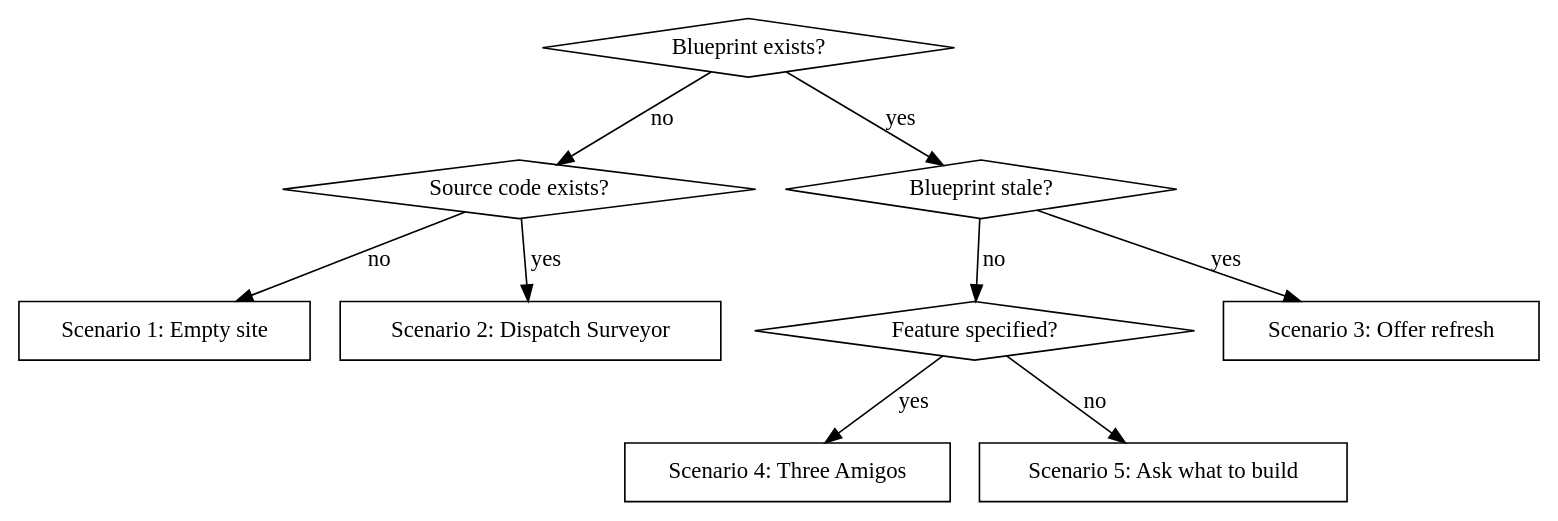
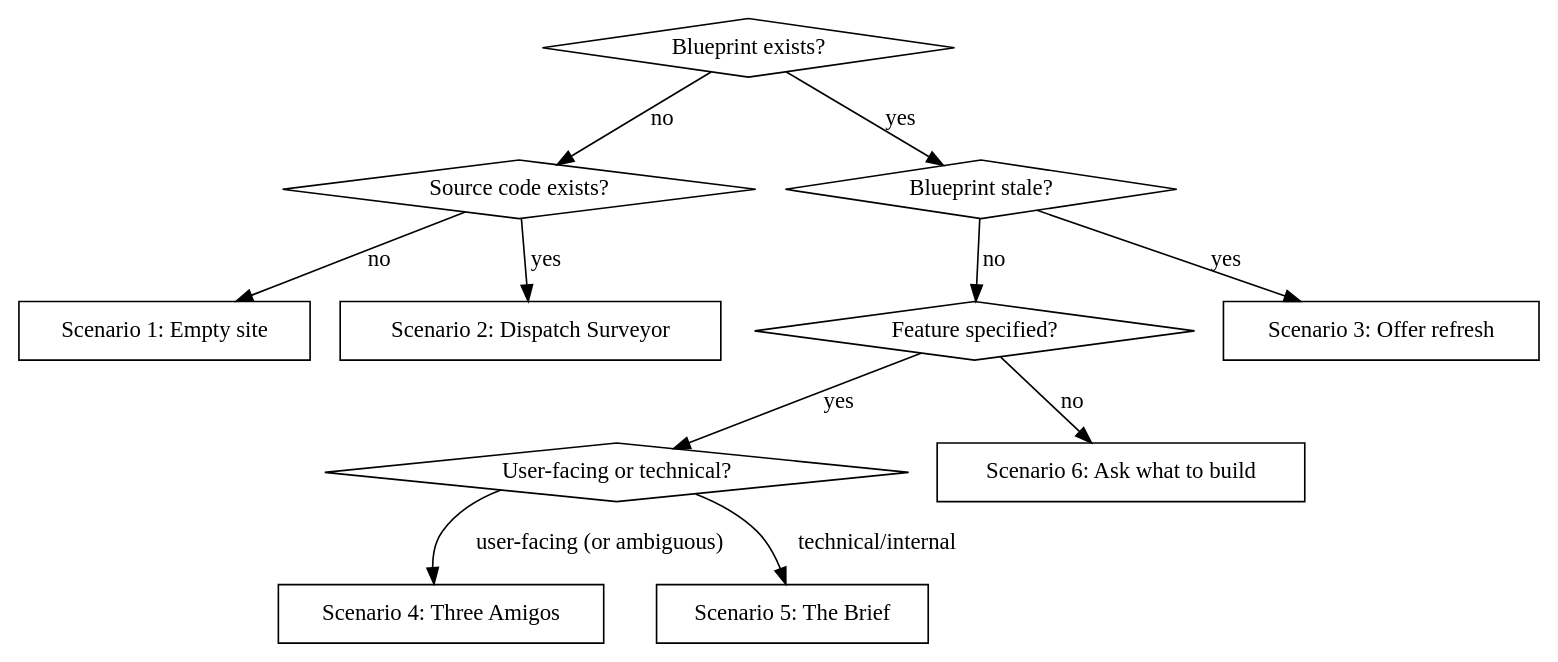
The first of 2 diagrams in skills/the-foreman/SKILL.md (Calq-dev/storyline), drawn with Graphviz before and after one commit. The commit also changed other lines of this file and 4 other files, not shown here.

Commit message:
feat: add technical task entry point — The Brief (Story A)

````diff
--- a/skills/the-foreman/SKILL.md
+++ b/skills/the-foreman/SKILL.md
@@ -70,22 +70,26 @@
 ```dot
 digraph intake {
     "Blueprint exists?" [shape=diamond];
     "Source code exists?" [shape=diamond];
     "Blueprint stale?" [shape=diamond];
     "Feature specified?" [shape=diamond];
+    "User-facing or technical?" [shape=diamond];
     "Scenario 1: Empty site" [shape=box];
     "Scenario 2: Dispatch Surveyor" [shape=box];
     "Scenario 3: Offer refresh" [shape=box];
     "Scenario 4: Three Amigos" [shape=box];
-    "Scenario 5: Ask what to build" [shape=box];
+    "Scenario 5: The Brief" [shape=box];
+    "Scenario 6: Ask what to build" [shape=box];
 
     "Blueprint exists?" -> "Source code exists?" [label="no"];
     "Blueprint exists?" -> "Blueprint stale?" [label="yes"];
     "Source code exists?" -> "Scenario 1: Empty site" [label="no"];
     "Source code exists?" -> "Scenario 2: Dispatch Surveyor" [label="yes"];
     "Blueprint stale?" -> "Scenario 3: Offer refresh" [label="yes"];
     "Blueprint stale?" -> "Feature specified?" [label="no"];
-    "Feature specified?" -> "Scenario 4: Three Amigos" [label="yes"];
-    "Feature specified?" -> "Scenario 5: Ask what to build" [label="no"];
+    "Feature specified?" -> "User-facing or technical?" [label="yes"];
+    "Feature specified?" -> "Scenario 6: Ask what to build" [label="no"];
+    "User-facing or technical?" -> "Scenario 4: Three Amigos" [label="user-facing (or ambiguous)"];
+    "User-facing or technical?" -> "Scenario 5: The Brief" [label="technical/internal"];
 }
 ```
````
